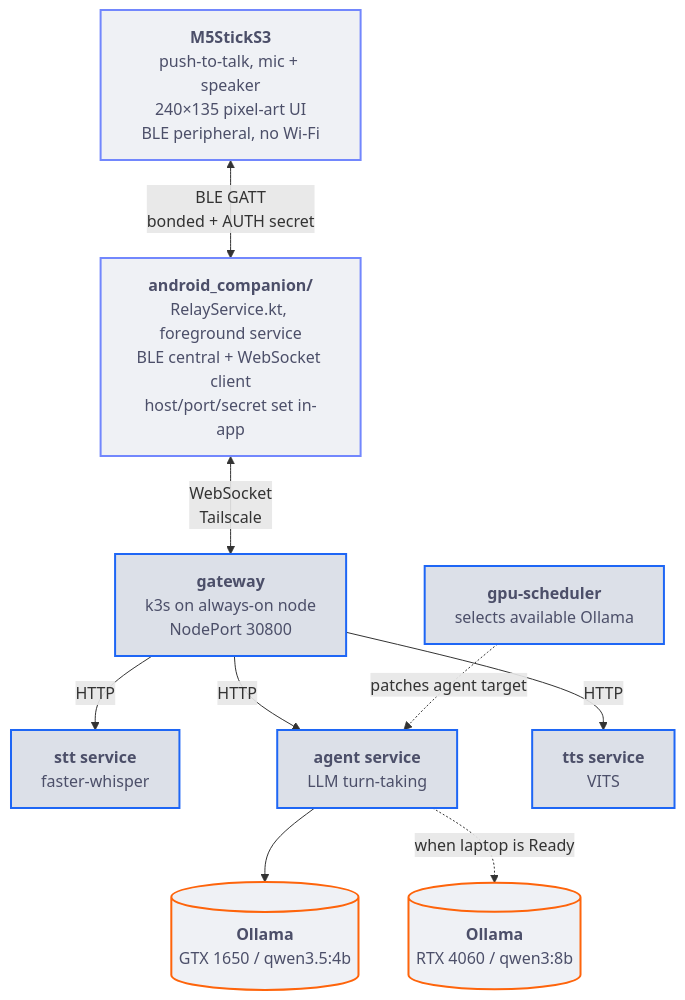
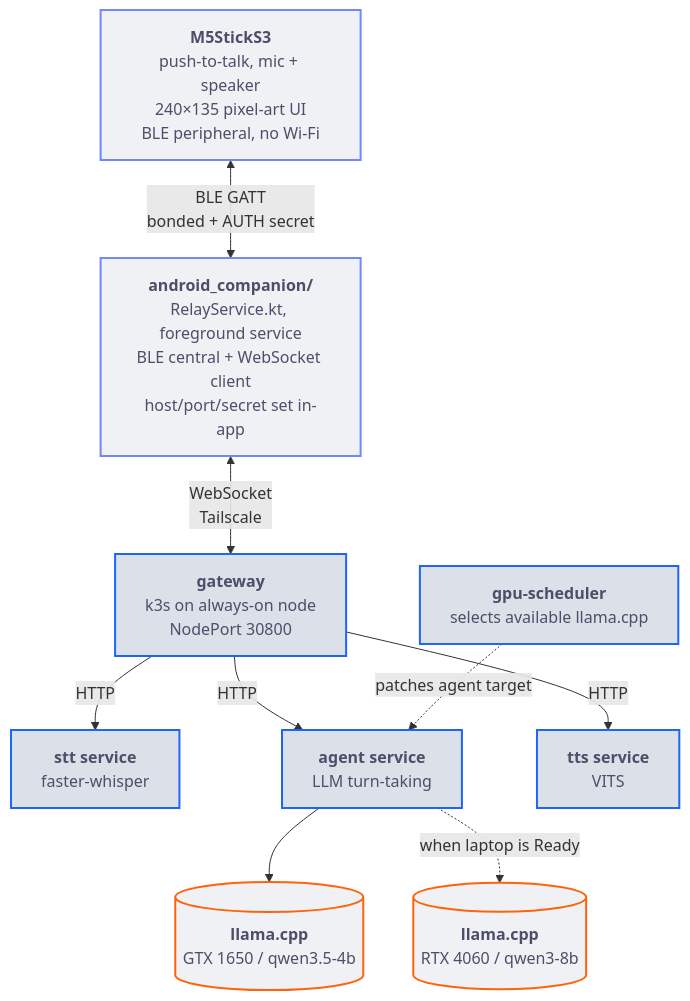
Before and after one commit to adixg/ai-companion: the first of 2 diagrams in README.md, drawn with Mermaid. The commit also changed other lines of this file, not shown here.

Commit message:
docs: align README with current cluster architecture

````diff
--- a/README.md
+++ b/README.md
@@ -43,28 +43,28 @@
 ```mermaid
 flowchart TB
     stick["<b>M5StickS3</b><br>push-to-talk, mic + speaker<br>240×135 pixel-art UI<br>BLE peripheral, no Wi-Fi"]
     relay["<b>android_companion/</b><br>RelayService.kt, foreground service<br>BLE central + WebSocket client<br>host/port/secret set in-app"]
     gateway["<b>gateway</b><br>k3s on always-on node<br>NodePort 30800"]
     stt["<b>stt service</b><br>faster-whisper"]
     agent["<b>agent service</b><br>LLM turn-taking"]
     tts["<b>tts service</b><br>VITS"]
-    controller["<b>gpu-scheduler</b><br>selects available Ollama"]
-    ollama1650[("<b>Ollama</b><br>GTX 1650 / qwen3.5:4b")]
-    ollama4060[("<b>Ollama</b><br>RTX 4060 / qwen3:8b")]
+    controller["<b>gpu-scheduler</b><br>selects available llama.cpp"]
+    llama1650[("<b>llama.cpp</b><br>GTX 1650 / qwen3.5-4b")]
+    llama4060[("<b>llama.cpp</b><br>RTX 4060 / qwen3-8b")]
 
     stick <-->|"BLE GATT<br>bonded + AUTH secret"| relay
     relay <-->|"WebSocket<br>Tailscale"| gateway
     gateway -->|HTTP| stt
     gateway -->|HTTP| agent
     gateway -->|HTTP| tts
-    agent --> ollama1650
-    agent -. "when laptop is Ready" .-> ollama4060
+    agent --> llama1650
+    agent -. "when laptop is Ready" .-> llama4060
     controller -. "patches agent target" .-> agent
 
     classDef device fill:#eff1f5,stroke:#7287fd,stroke-width:2px,color:#4c4f69
     classDef service fill:#dce0e8,stroke:#1e66f5,stroke-width:2px,color:#4c4f69
     classDef worker fill:#eff1f5,stroke:#fe640b,stroke-width:2px,color:#4c4f69
     class stick,relay device
     class gateway,stt,agent,tts,controller service
-    class ollama1650,ollama4060 worker
+    class llama1650,llama4060 worker
 ```
````
